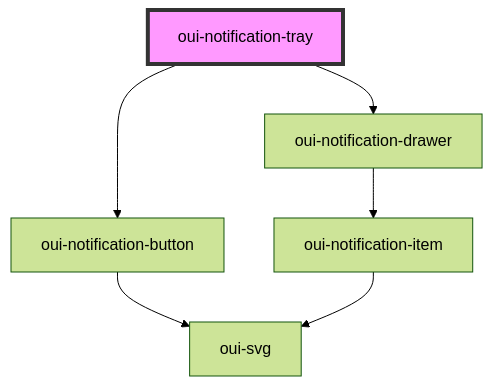
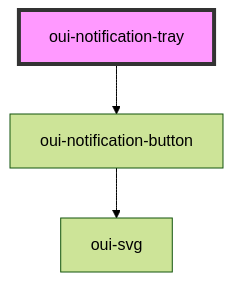
One commit to oberd/oui changed the diagram in src/components/notification-tray/readme.md. Above: the diagram before and after it, drawn with Mermaid (forest theme). The commit also changed other lines of this file and 4 other files, not shown here.

````diff
--- a/src/components/notification-tray/readme.md
+++ b/src/components/notification-tray/readme.md
@@ -105,9 +105,6 @@
 ```mermaid
 graph TD;
   oui-notification-tray --> oui-notification-button
-  oui-notification-tray --> oui-notification-drawer
   oui-notification-button --> oui-svg
-  oui-notification-drawer --> oui-notification-item
-  oui-notification-item --> oui-svg
   style oui-notification-tray fill:#f9f,stroke:#333,stroke-width:4px
 ```
````
